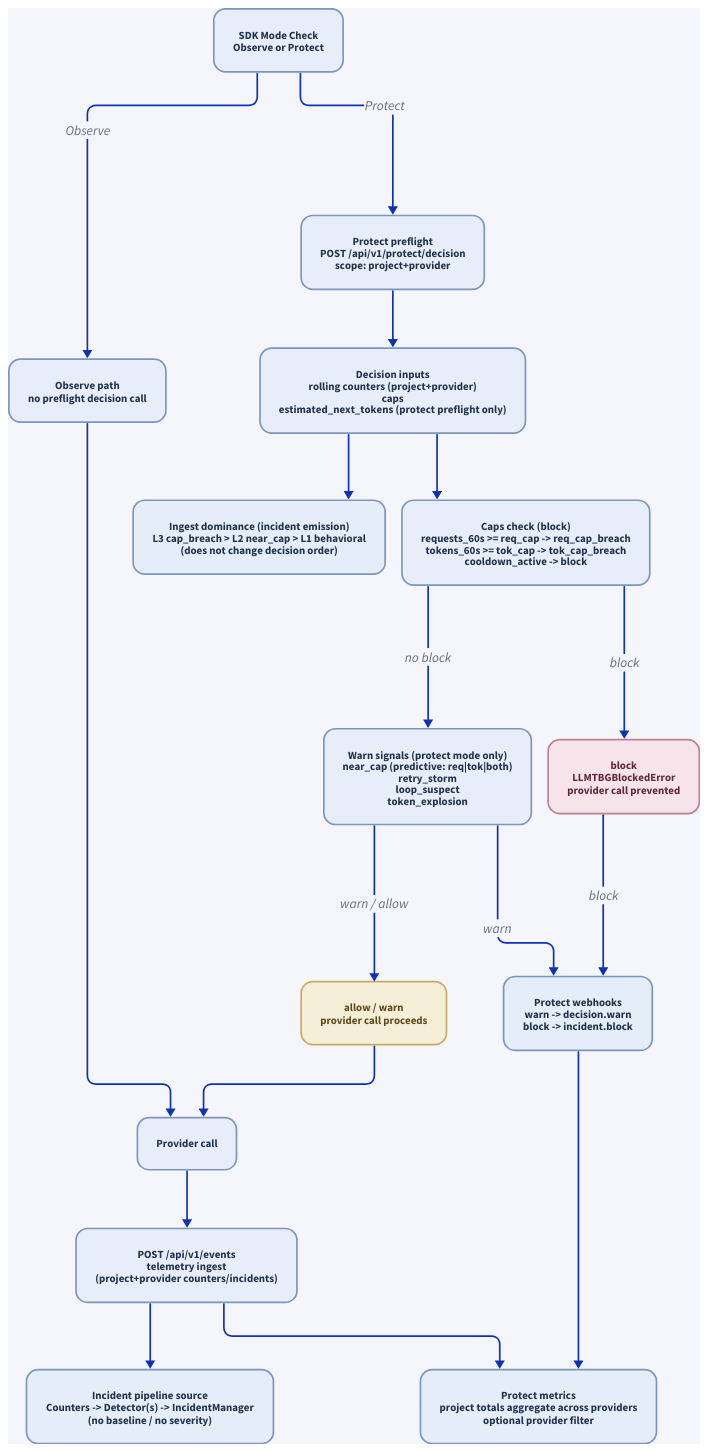
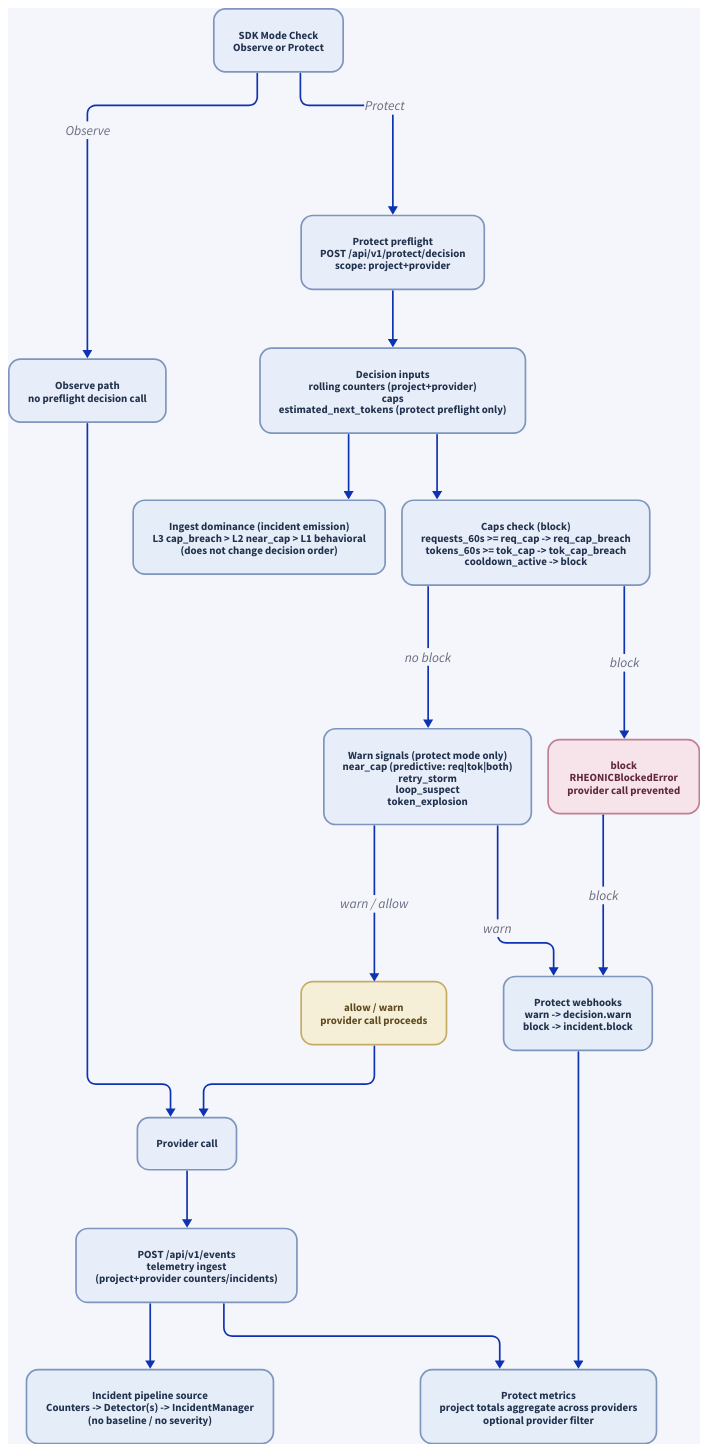
Before and after one commit to MichaelTelvin/Rheonic: the diagram in frontend/public/docs/architecture/protect_decision_flow.d2, drawn with D2. The commit also changed 85 other files, not shown here.

```diff
--- a/frontend/public/docs/architecture/protect_decision_flow.d2
+++ b/frontend/public/docs/architecture/protect_decision_flow.d2
@@ -1,170 +1,170 @@
 direction: down
 
 vars: {
   d2-config: {
     pad: 20
     sketch: false
     layout-engine: elk
   }
 }
 
 style: {
   fill: "#f4f6fb"
 }
 
 sdk_mode: "SDK Mode Check\nObserve or Protect" {
   style: {
     fill: "#e8eef9"
     stroke: "#7e95be"
     font-color: "#21324d"
     border-radius: 14
     font-size: 13
   }
 }
 
 observe: "Observe path\nno preflight decision call" {
   style: {
     fill: "#e8eef9"
     stroke: "#7e95be"
     font-color: "#21324d"
     border-radius: 14
     font-size: 13
   }
 }
 
 preflight: "Protect preflight\nPOST /api/v1/protect/decision\nscope: project+provider" {
   style: {
     fill: "#e8eef9"
     stroke: "#7e95be"
     font-color: "#21324d"
     border-radius: 14
     font-size: 13
   }
 }
 
 inputs: "Decision inputs\nrolling counters (project+provider)\ncaps\nestimated_next_tokens (protect preflight only)" {
   style: {
     fill: "#e8eef9"
     stroke: "#7e95be"
     font-color: "#21324d"
     border-radius: 14
     font-size: 13
   }
 }
 
 caps: "Caps check (block)\nrequests_60s >= req_cap -> req_cap_breach\ntokens_60s >= tok_cap -> tok_cap_breach\ncooldown_active -> block" {
   style: {
     fill: "#e8eef9"
     stroke: "#7e95be"
     font-color: "#21324d"
     border-radius: 14
     font-size: 13
   }
 }
 
 warn_signals: "Warn signals (protect mode only)\nnear_cap (predictive: req|tok|both)\nretry_storm\nloop_suspect\ntoken_explosion" {
   style: {
     fill: "#e8eef9"
     stroke: "#7e95be"
     font-color: "#21324d"
     border-radius: 14
     font-size: 13
   }
 }
 
 ingest_note: "Ingest dominance (incident emission)\nL3 cap_breach > L2 near_cap > L1 behavioral\n(does not change decision order)" {
   style: {
     fill: "#e4edf8"
     stroke: "#7e95be"
     font-color: "#21324d"
     border-radius: 14
     font-size: 13
   }
 }
 
 allow_warn: "allow / warn\nprovider call proceeds" {
   style: {
     fill: "#f6efd8"
     stroke: "#c6ac63"
     font-color: "#5e4a1f"
     border-radius: 14
     font-size: 13
   }
 }
 
-block: "block\nLLMTBGBlockedError\nprovider call prevented" {
+block: "block\nRHEONICBlockedError\nprovider call prevented" {
   style: {
     fill: "#f7e4ea"
     stroke: "#bf8095"
     font-color: "#61283d"
     border-radius: 14
     font-size: 13
   }
 }
 
 decision_webhooks: "Protect webhooks\nwarn -> decision.warn\nblock -> incident.block" {
   style: {
     fill: "#e4edf8"
     stroke: "#7e95be"
     font-color: "#21324d"
     border-radius: 14
     font-size: 13
   }
 }
 
 provider: "Provider call" {
   style: {
     fill: "#e8eef9"
     stroke: "#7e95be"
     font-color: "#21324d"
     border-radius: 14
     font-size: 13
   }
 }
 
 ingest: "POST /api/v1/events\ntelemetry ingest\n(project+provider counters/incidents)" {
   style: {
     fill: "#e8eef9"
     stroke: "#7e95be"
     font-color: "#21324d"
     border-radius: 14
     font-size: 13
   }
 }
 
 incident_pipeline: "Incident pipeline source\nCounters -> Detector(s) -> IncidentManager\n(no baseline / no severity)" {
   style: {
     fill: "#e4edf8"
     stroke: "#7e95be"
     font-color: "#21324d"
     border-radius: 14
     font-size: 13
   }
 }
 
 metrics: "Protect metrics\nproject totals aggregate across providers\noptional provider filter" {
   style: {
     fill: "#e4edf8"
     stroke: "#7e95be"
     font-color: "#21324d"
     border-radius: 14
     font-size: 13
   }
 }
 
 sdk_mode -> observe: "Observe"
 sdk_mode -> preflight: "Protect"
 observe -> provider
 preflight -> inputs
 inputs -> caps
 inputs -> ingest_note
 caps -> block: "block"
 caps -> warn_signals: "no block"
 warn_signals -> allow_warn: "warn / allow"
 warn_signals -> decision_webhooks: "warn"
 block -> decision_webhooks: "block"
 allow_warn -> provider
 provider -> ingest
 decision_webhooks -> metrics
 ingest -> incident_pipeline
 ingest -> metrics
```
